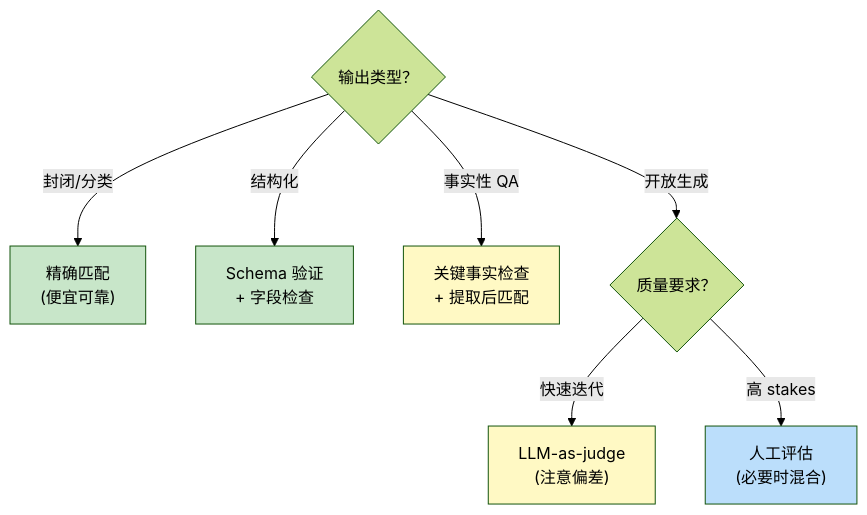
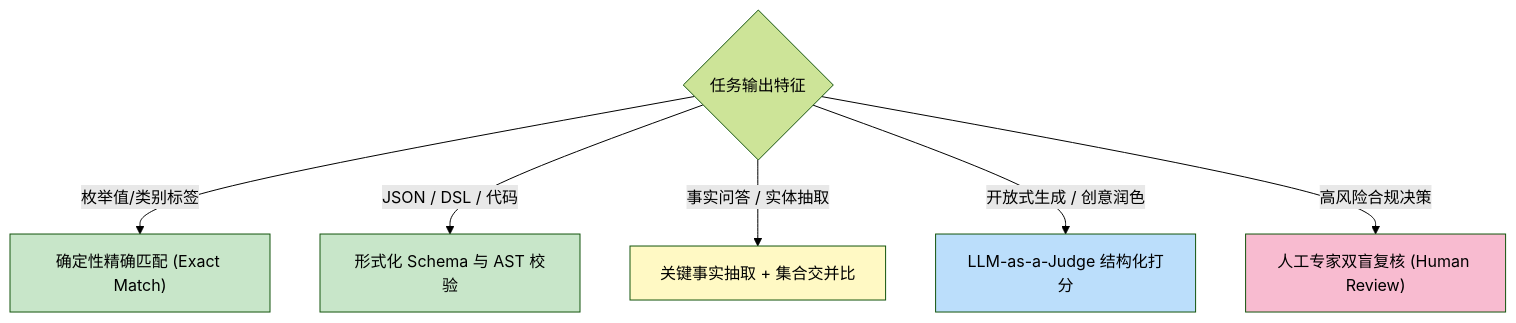
One commit to yingwang/thinking-in-llm changed the fourth of 7 diagrams in chapters/12-evaluation.md. Above: the diagram before and after it, drawn with Mermaid (forest theme). The commit also changed other lines of this file and 31 other files, not shown here.

````diff
--- a/chapters/12-evaluation.md
+++ b/chapters/12-evaluation.md
@@ -344,17 +124,15 @@
 ```mermaid
 flowchart TD
-    Out{"输出类型？"}
-    Out -->|"封闭/分类"| EM["精确匹配<br>(便宜可靠)"]
-    Out -->|"结构化"| SC["Schema 验证<br>+ 字段检查"]
-    Out -->|"事实性 QA"| Fact["关键事实检查<br>+ 提取后匹配"]
-    Out -->|"开放生成"| Q2{"质量要求？"}
+    Type{"任务输出特征"}
+    Type -->|枚举值/类别标签| J1["确定性精确匹配 (Exact Match)"]
+    Type -->|JSON / DSL / 代码| J2["形式化 Schema 与 AST 校验"]
+    Type -->|事实问答 / 实体抽取| J3["关键事实抽取 + 集合交并比"]
+    Type -->|开放式生成 / 创意润色| J4["LLM-as-a-Judge 结构化打分"]
+    Type -->|高风险合规决策| J5["人工专家双盲复核 (Human Review)"]
     
-    Q2 -->|"快速迭代"| LJ["LLM-as-judge<br>(注意偏差)"]
-    Q2 -->|"高 stakes"| HJ["人工评估<br>(必要时混合)"]
-    
-    style EM fill:#c8e6c9
-    style SC fill:#c8e6c9
-    style Fact fill:#fff9c4
-    style LJ fill:#fff9c4
-    style HJ fill:#bbdefb
+    style J1 fill:#c8e6c9
+    style J2 fill:#c8e6c9
+    style J3 fill:#fff9c4
+    style J4 fill:#bbdefb
+    style J5 fill:#f8bbd0
 ```
````
